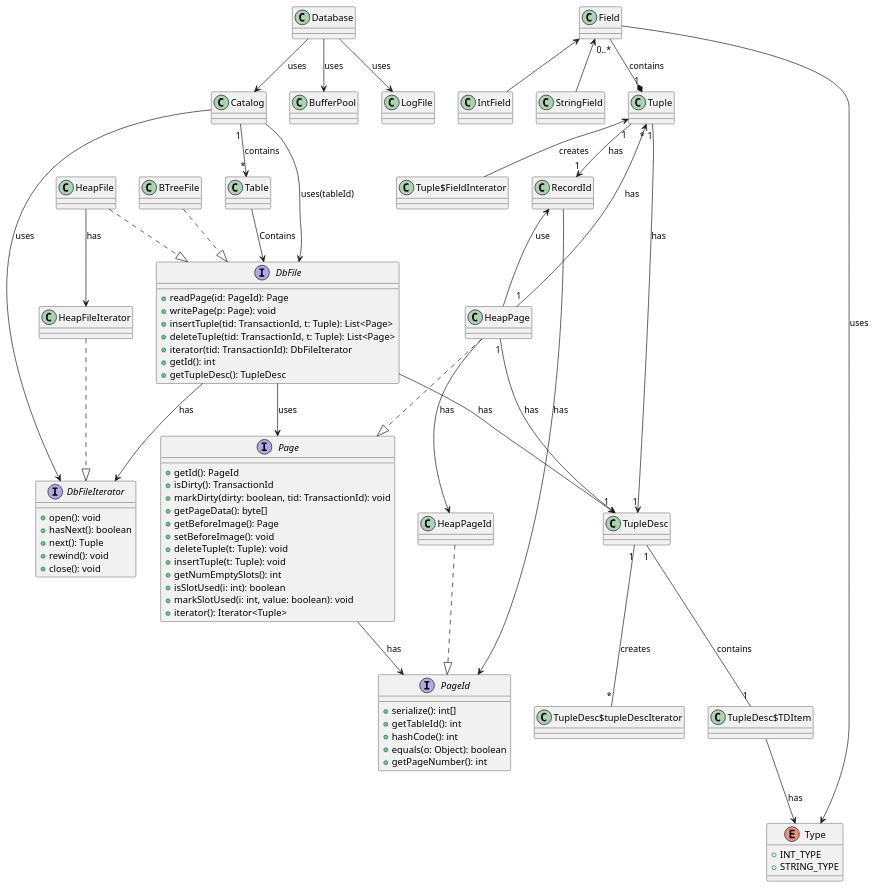
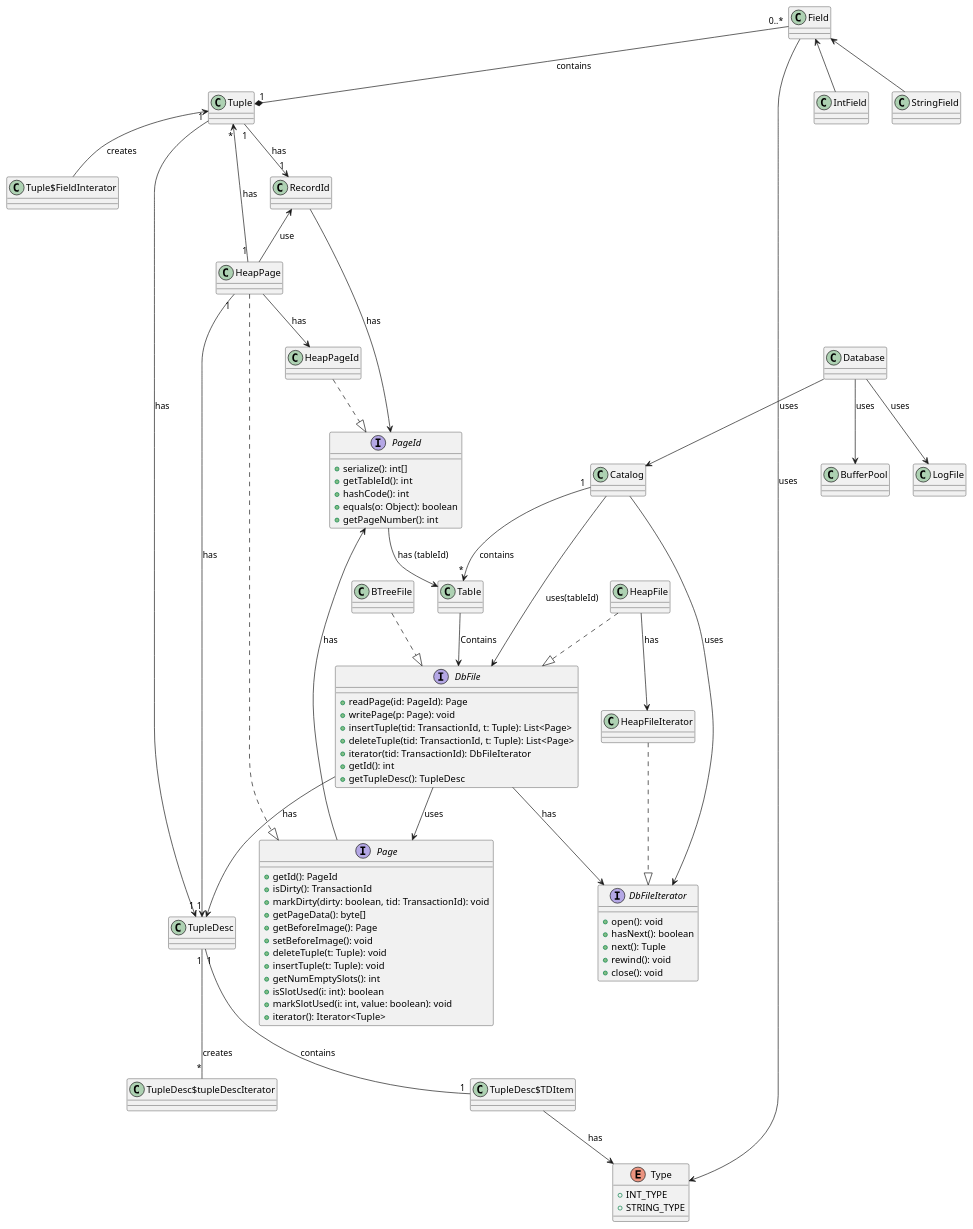
One commit to kechenkristin/myDB changed the diagram in puml/lab1/demo.puml. Above: the diagram before and after it, drawn with PlantUML. The commit also changed 3 other files, not shown here.

```diff
--- a/puml/lab1/demo.puml
+++ b/puml/lab1/demo.puml
@@ -1,124 +1,125 @@
 @startuml
 interface Page {
     +getId(): PageId
     +isDirty(): TransactionId
     +markDirty(dirty: boolean, tid: TransactionId): void
     +getPageData(): byte[]
     +getBeforeImage(): Page
     +setBeforeImage(): void
     +deleteTuple(t: Tuple): void
     +insertTuple(t: Tuple): void
     +getNumEmptySlots(): int
     +isSlotUsed(i: int): boolean
     +markSlotUsed(i: int, value: boolean): void
     +iterator(): Iterator<Tuple>
 }
 
 interface PageId {
     +serialize(): int[]
     +getTableId(): int
     +hashCode(): int
     +equals(o: Object): boolean
     +getPageNumber(): int
 }
 
 class HeapPage {
 }
 
 class HeapPageId {
 }
 
 class TupleDesc {
 }
 
 class Tuple {
 }
 
 class RecordId {
 }
 
 class Database {
 }
 
 interface DbFile {
     +readPage(id: PageId): Page
     +writePage(p: Page): void
     +insertTuple(tid: TransactionId, t: Tuple): List<Page>
     +deleteTuple(tid: TransactionId, t: Tuple): List<Page>
     +iterator(tid: TransactionId): DbFileIterator
     +getId(): int
     +getTupleDesc(): TupleDesc
 }
 
 interface DbFileIterator {
     +open(): void
     +hasNext(): boolean
     +next(): Tuple
     +rewind(): void
     +close(): void
 }
 
 class HeapFile {
 }
 
 class BTreeFile {
 }
 
 class Catalog {
 }
 
 class Table {
 }
 
 
 enum Type {
   +INT_TYPE
   +STRING_TYPE
 }
 
 HeapFile ..|> DbFile
 BTreeFile ..|> DbFile
 Table --> DbFile : Contains
 
 DbFile --> Page: uses
 DbFile --> TupleDesc: has
 DbFile --> DbFileIterator: has
 
 Database --> Catalog : uses
 Database --> BufferPool : uses
 Database --> LogFile : uses
 
 Catalog "1" --> "*" Table : contains
 Catalog --> DbFile : uses(tableId)
 Catalog --> DbFileIterator : uses
 
 Tuple "1" --> "1" TupleDesc : has
 Tuple "1" *-up- "0..*" Field : contains
 Tuple <-down- Tuple$FieldInterator : creates
 Tuple "1" --> "1" RecordId : has
 
 TupleDesc "1" -- "1" TupleDesc$TDItem : contains
 TupleDesc "1" -- "*" TupleDesc$tupleDescIterator : creates
 
 RecordId --> PageId: has
 RecordId <-- HeapPage : use
 
 
 TupleDesc$TDItem --> Type: has
 
 Field --> Type : uses
 Field <-- IntField
 Field <-- StringField
 
 
 HeapPage "1" --> "1" TupleDesc : has
 HeapPage "1" --> "*" Tuple : has
 HeapPage --> HeapPageId : has
 HeapPageId ..|> PageId
 HeapPage ..|> Page
 
 Page --> PageId: has
+PageId --> Table: has (tableId)
 
 HeapFile --> HeapFileIterator: has
 HeapFileIterator ..|> DbFileIterator
 @enduml
```
